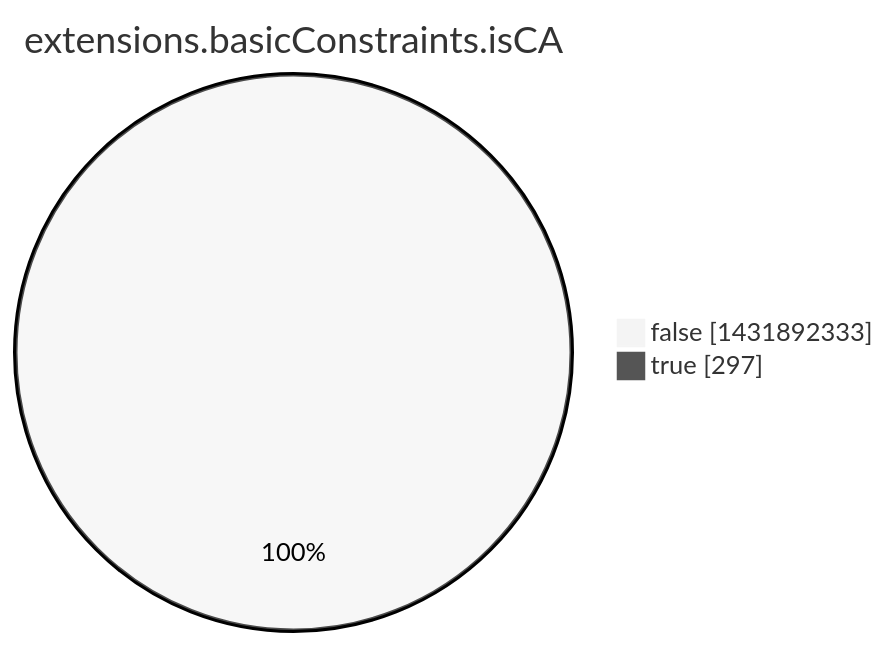
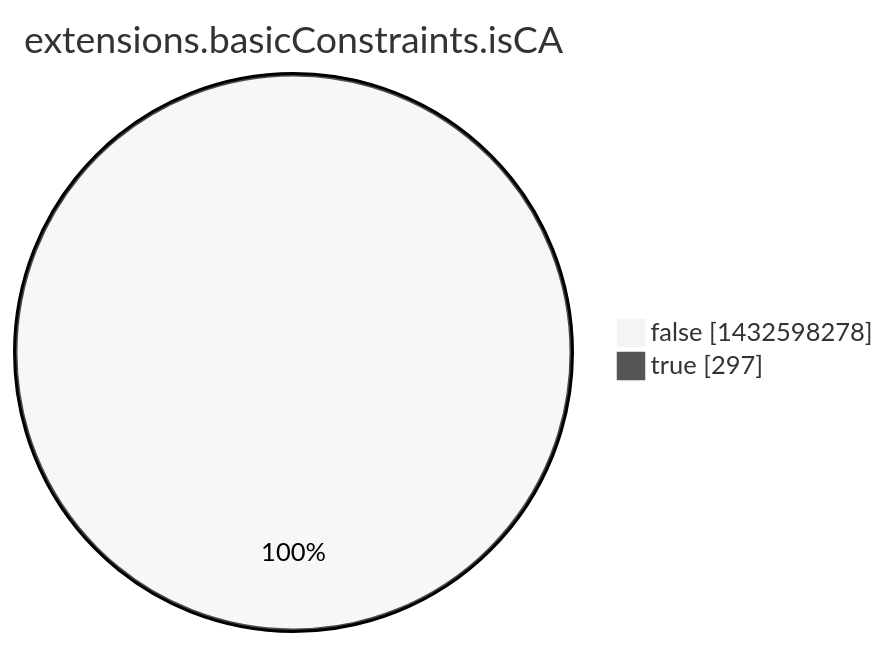
One commit to christiankrug/ctmonitor_visualization changed the eighth of 15 diagrams in argon2022/README.md. Above: the diagram before and after it, drawn with Mermaid (neutral theme). The commit also changed other lines of this file, not shown here.

````diff
--- a/argon2022/README.md
+++ b/argon2022/README.md
@@ -2760,6 +2760,6 @@
 ```mermaid
 pie showData
 title extensions.basicConstraints.isCA
-"false" :1431892333
+"false" :1432598278
 "true" :297
 ```
````
